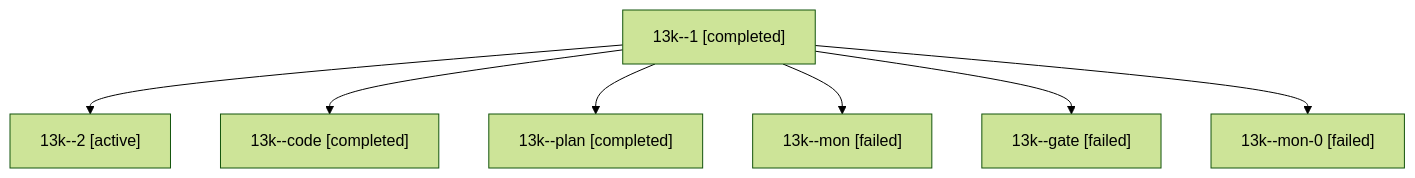
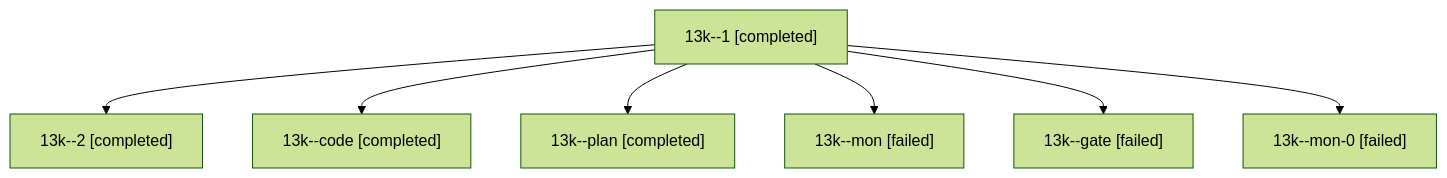
The diagram in sessions/bbugyi200.athena.13k.md (sase-org/sase--agents), drawn with Mermaid (forest theme) before and after one commit. The commit also changed other lines of this file and 6 other files, not shown here.

````diff
--- a/sessions/bbugyi200.athena.13k.md
+++ b/sessions/bbugyi200.athena.13k.md
@@ -9,16 +9,16 @@
 ```mermaid
 flowchart TD
   n0["13k--1 [completed]"]
-  n1["13k--2 [active]"]
+  n1["13k--2 [completed]"]
   n0 --> n1
   n2["13k--code [completed]"]
   n0 --> n2
   n3["13k--plan [completed]"]
   n0 --> n3
   n4["13k--mon [failed]"]
   n0 --> n4
   n5["13k--gate [failed]"]
   n0 --> n5
   n6["13k--mon-0 [failed]"]
   n0 --> n6
 ```
````
